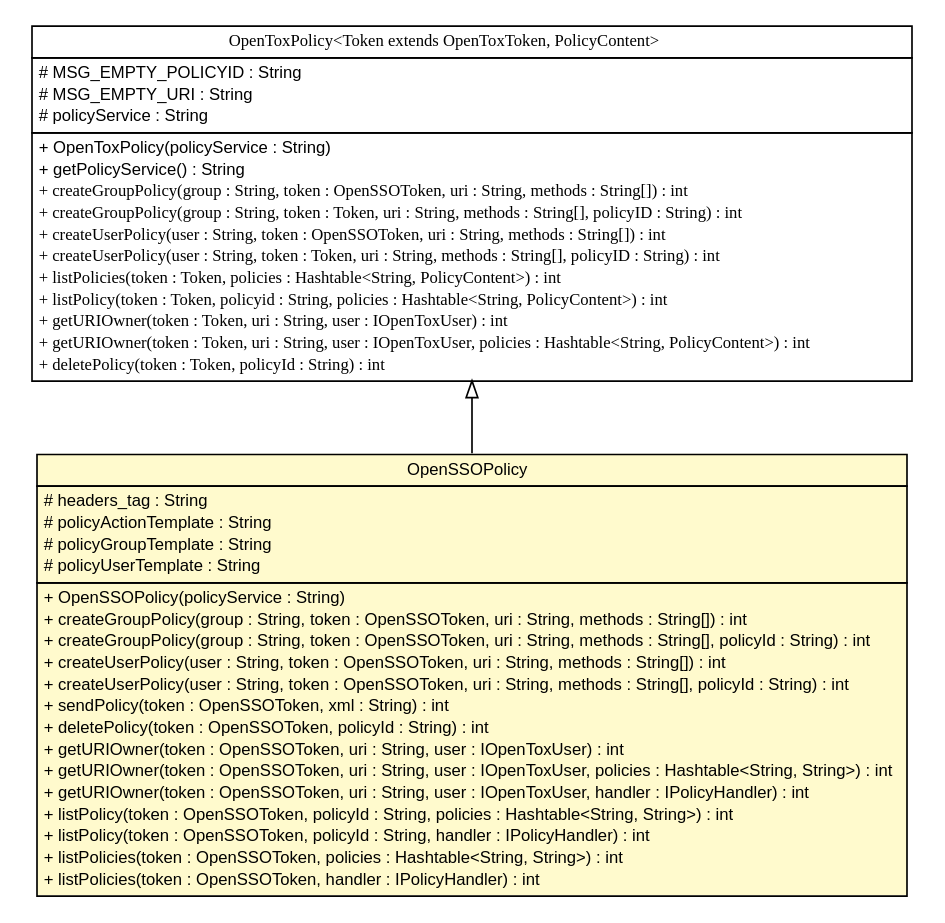
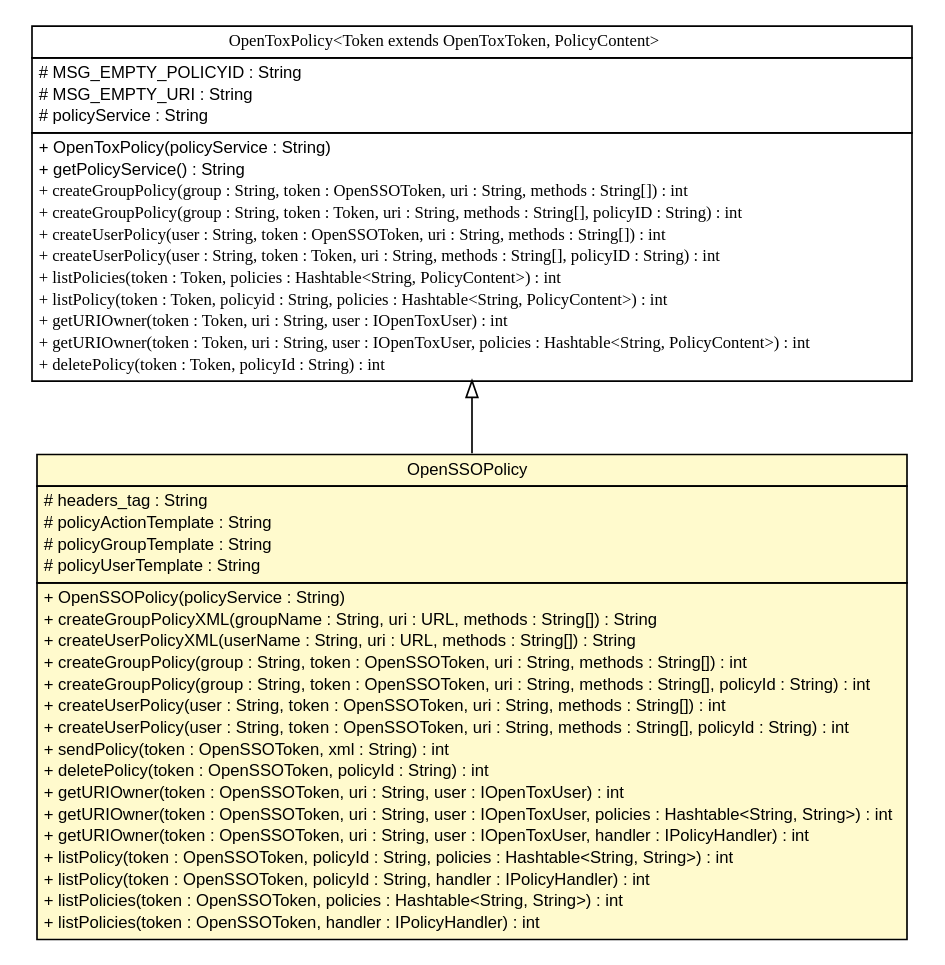
The diagram in apidocs/org/opentox/aa/opensso/OpenSSOPolicy.dot (vedina/opentox-aa-cli), drawn with Graphviz before and after one commit. The commit also changed 190 other files, not shown here.

```diff
--- a/apidocs/org/opentox/aa/opensso/OpenSSOPolicy.dot
+++ b/apidocs/org/opentox/aa/opensso/OpenSSOPolicy.dot
@@ -1,64 +1,66 @@
 #!/usr/local/bin/dot
 #
 # Class diagram 
 # Generated by UmlGraph version 4.6 (http://www.spinellis.gr/sw/umlgraph)
 #
 
 digraph G {
 	edge [fontname="arial",fontsize=10,labelfontname="arial",labelfontsize=10];
 	node [fontname="arial",fontsize=10,shape=plaintext];
 	// org.opentox.aa.OpenToxPolicy<Token extends org.opentox.aa.OpenToxToken, PolicyContent>
-	c644 [label=<<table border="0" cellborder="1" cellspacing="0" cellpadding="2" port="p" href="../OpenToxPolicy.html">
+	c740 [label=<<table border="0" cellborder="1" cellspacing="0" cellpadding="2" port="p" href="../OpenToxPolicy.html">
 		<tr><td><table border="0" cellspacing="0" cellpadding="1">
 			<tr><td><font face="ariali"> OpenToxPolicy&lt;Token extends OpenToxToken, PolicyContent&gt; </font></td></tr>
 		</table></td></tr>
 		<tr><td><table border="0" cellspacing="0" cellpadding="1">
 			<tr><td align="left"> # MSG_EMPTY_POLICYID : String </td></tr>
 			<tr><td align="left"> # MSG_EMPTY_URI : String </td></tr>
 			<tr><td align="left"> # policyService : String </td></tr>
 		</table></td></tr>
 		<tr><td><table border="0" cellspacing="0" cellpadding="1">
 			<tr><td align="left"> + OpenToxPolicy(policyService : String) </td></tr>
 			<tr><td align="left"> + getPolicyService() : String </td></tr>
 			<tr><td align="left"><font face="ariali" point-size="10.0"> + createGroupPolicy(group : String, token : OpenSSOToken, uri : String, methods : String[]) : int </font></td></tr>
 			<tr><td align="left"><font face="ariali" point-size="10.0"> + createGroupPolicy(group : String, token : Token, uri : String, methods : String[], policyID : String) : int </font></td></tr>
 			<tr><td align="left"><font face="ariali" point-size="10.0"> + createUserPolicy(user : String, token : OpenSSOToken, uri : String, methods : String[]) : int </font></td></tr>
 			<tr><td align="left"><font face="ariali" point-size="10.0"> + createUserPolicy(user : String, token : Token, uri : String, methods : String[], policyID : String) : int </font></td></tr>
 			<tr><td align="left"><font face="ariali" point-size="10.0"> + listPolicies(token : Token, policies : Hashtable&lt;String, PolicyContent&gt;) : int </font></td></tr>
 			<tr><td align="left"><font face="ariali" point-size="10.0"> + listPolicy(token : Token, policyid : String, policies : Hashtable&lt;String, PolicyContent&gt;) : int </font></td></tr>
 			<tr><td align="left"><font face="ariali" point-size="10.0"> + getURIOwner(token : Token, uri : String, user : IOpenToxUser) : int </font></td></tr>
 			<tr><td align="left"><font face="ariali" point-size="10.0"> + getURIOwner(token : Token, uri : String, user : IOpenToxUser, policies : Hashtable&lt;String, PolicyContent&gt;) : int </font></td></tr>
 			<tr><td align="left"><font face="ariali" point-size="10.0"> + deletePolicy(token : Token, policyId : String) : int </font></td></tr>
 		</table></td></tr>
 		</table>>, fontname="arial", fontcolor="black", fontsize=10.0];
 	// org.opentox.aa.opensso.OpenSSOPolicy
-	c647 [label=<<table border="0" cellborder="1" cellspacing="0" cellpadding="2" port="p" bgcolor="lemonChiffon" href="./OpenSSOPolicy.html">
+	c743 [label=<<table border="0" cellborder="1" cellspacing="0" cellpadding="2" port="p" bgcolor="lemonChiffon" href="./OpenSSOPolicy.html">
 		<tr><td><table border="0" cellspacing="0" cellpadding="1">
 			<tr><td> OpenSSOPolicy </td></tr>
 		</table></td></tr>
 		<tr><td><table border="0" cellspacing="0" cellpadding="1">
 			<tr><td align="left"> # headers_tag : String </td></tr>
 			<tr><td align="left"> # policyActionTemplate : String </td></tr>
 			<tr><td align="left"> # policyGroupTemplate : String </td></tr>
 			<tr><td align="left"> # policyUserTemplate : String </td></tr>
 		</table></td></tr>
 		<tr><td><table border="0" cellspacing="0" cellpadding="1">
 			<tr><td align="left"> + OpenSSOPolicy(policyService : String) </td></tr>
+			<tr><td align="left"> + createGroupPolicyXML(groupName : String, uri : URL, methods : String[]) : String </td></tr>
+			<tr><td align="left"> + createUserPolicyXML(userName : String, uri : URL, methods : String[]) : String </td></tr>
 			<tr><td align="left"> + createGroupPolicy(group : String, token : OpenSSOToken, uri : String, methods : String[]) : int </td></tr>
 			<tr><td align="left"> + createGroupPolicy(group : String, token : OpenSSOToken, uri : String, methods : String[], policyId : String) : int </td></tr>
 			<tr><td align="left"> + createUserPolicy(user : String, token : OpenSSOToken, uri : String, methods : String[]) : int </td></tr>
 			<tr><td align="left"> + createUserPolicy(user : String, token : OpenSSOToken, uri : String, methods : String[], policyId : String) : int </td></tr>
 			<tr><td align="left"> + sendPolicy(token : OpenSSOToken, xml : String) : int </td></tr>
 			<tr><td align="left"> + deletePolicy(token : OpenSSOToken, policyId : String) : int </td></tr>
 			<tr><td align="left"> + getURIOwner(token : OpenSSOToken, uri : String, user : IOpenToxUser) : int </td></tr>
 			<tr><td align="left"> + getURIOwner(token : OpenSSOToken, uri : String, user : IOpenToxUser, policies : Hashtable&lt;String, String&gt;) : int </td></tr>
 			<tr><td align="left"> + getURIOwner(token : OpenSSOToken, uri : String, user : IOpenToxUser, handler : IPolicyHandler) : int </td></tr>
 			<tr><td align="left"> + listPolicy(token : OpenSSOToken, policyId : String, policies : Hashtable&lt;String, String&gt;) : int </td></tr>
 			<tr><td align="left"> + listPolicy(token : OpenSSOToken, policyId : String, handler : IPolicyHandler) : int </td></tr>
 			<tr><td align="left"> + listPolicies(token : OpenSSOToken, policies : Hashtable&lt;String, String&gt;) : int </td></tr>
 			<tr><td align="left"> + listPolicies(token : OpenSSOToken, handler : IPolicyHandler) : int </td></tr>
 		</table></td></tr>
 		</table>>, fontname="arial", fontcolor="black", fontsize=10.0];
 	//org.opentox.aa.opensso.OpenSSOPolicy extends org.opentox.aa.OpenToxPolicy<org.opentox.aa.opensso.OpenSSOToken, java.lang.String>
-	c644:p -> c647:p [dir=back,arrowtail=empty];
+	c740:p -> c743:p [dir=back,arrowtail=empty];
 }
```
